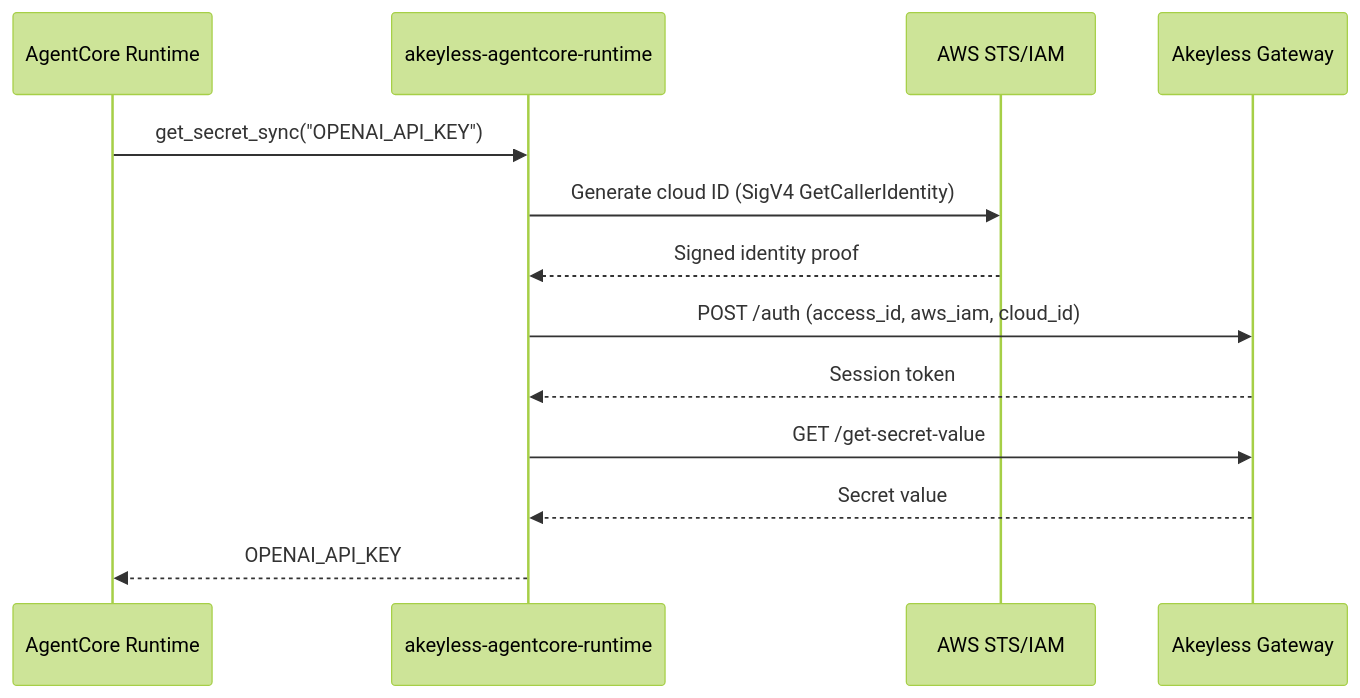
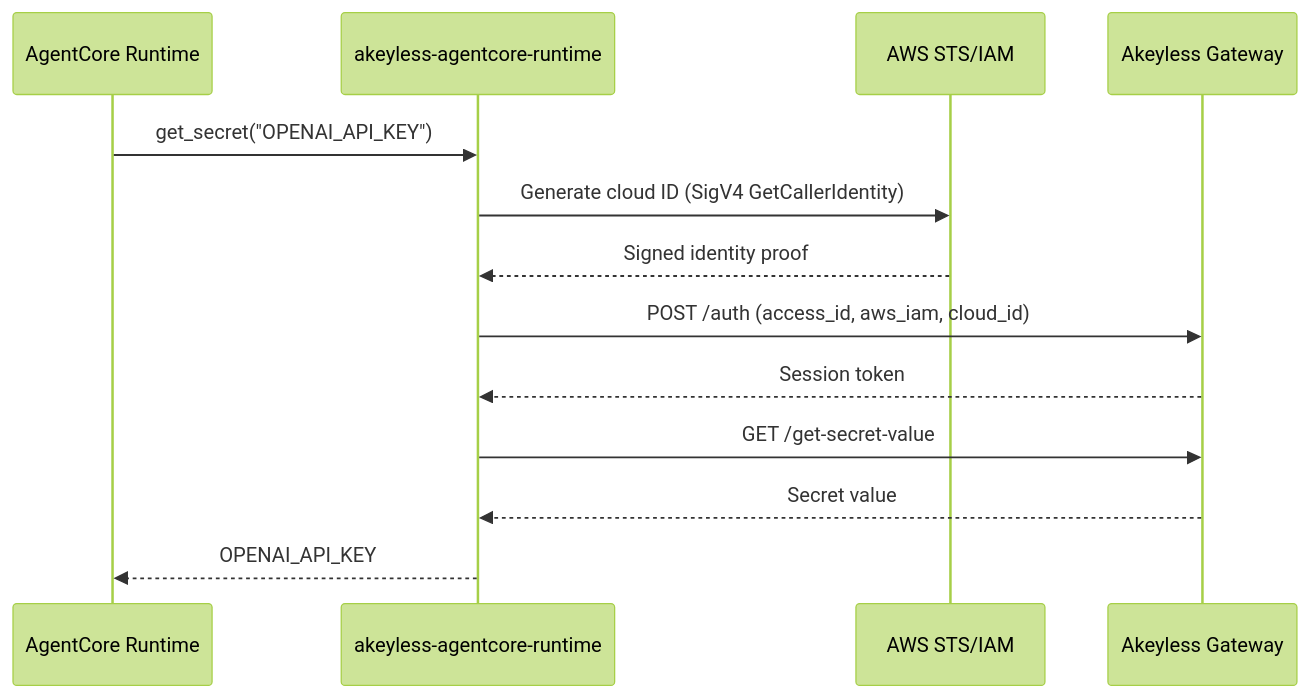
Before and after one commit to akeyless-community/bedrock-agentcore-akeyless-runtime: the diagram in README.md, drawn with Mermaid (forest theme). The commit also changed other lines of this file and 16 other files, not shown here.

First line of the commit message:
Simplify API: get_secret() without _sync (v0.3.0) (#2)

````diff
--- a/README.md
+++ b/README.md
@@ -186,16 +167,16 @@
 ```mermaid
 sequenceDiagram
     participant Agent as AgentCore Runtime
     participant Lib as akeyless-agentcore-runtime
     participant AWS as AWS STS/IAM
     participant AKL as Akeyless Gateway
 
-    Agent->>Lib: get_secret_sync("OPENAI_API_KEY")
+    Agent->>Lib: get_secret("OPENAI_API_KEY")
     Lib->>AWS: Generate cloud ID (SigV4 GetCallerIdentity)
     AWS-->>Lib: Signed identity proof
     Lib->>AKL: POST /auth (access_id, aws_iam, cloud_id)
     AKL-->>Lib: Session token
     Lib->>AKL: GET /get-secret-value
     AKL-->>Lib: Secret value
     Lib-->>Agent: OPENAI_API_KEY
 ```
````
